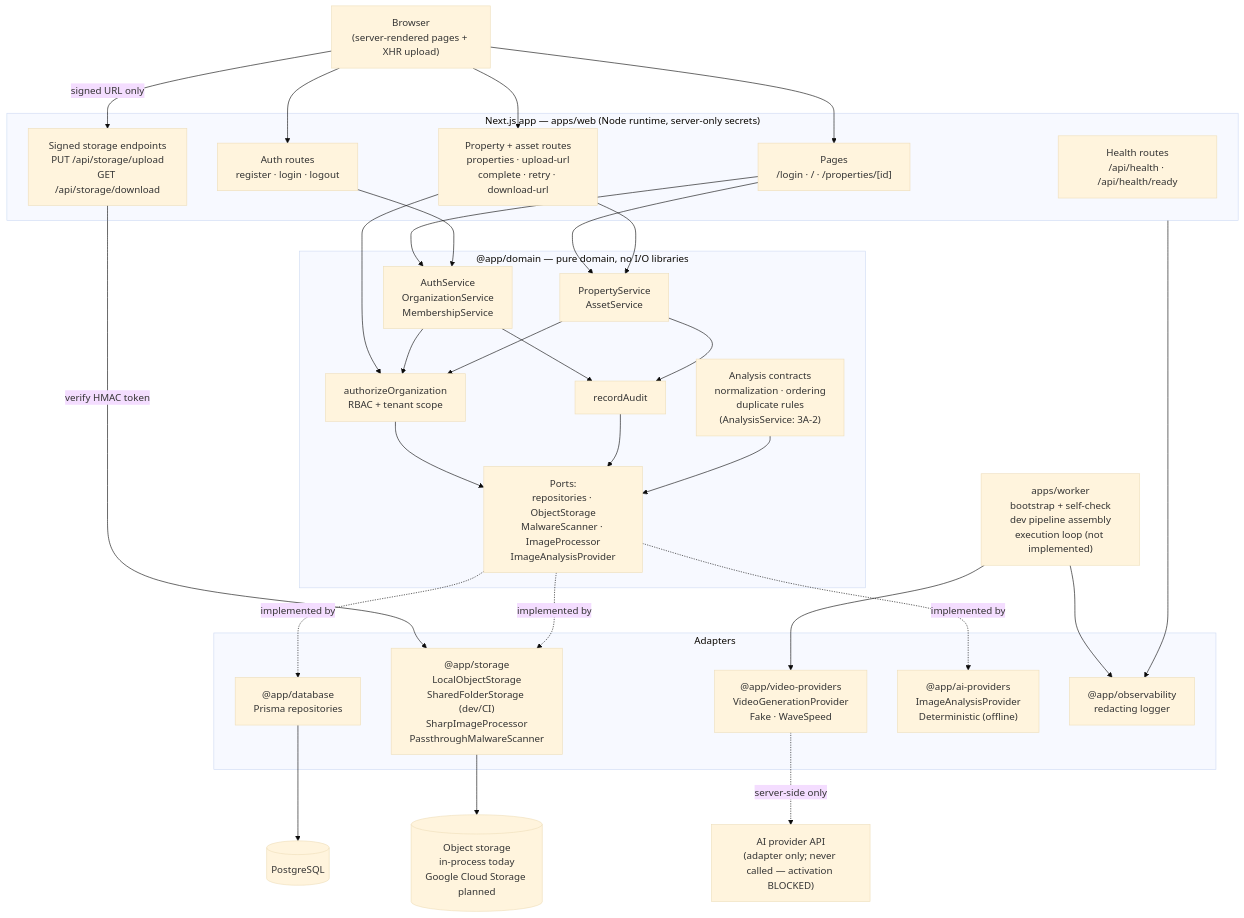
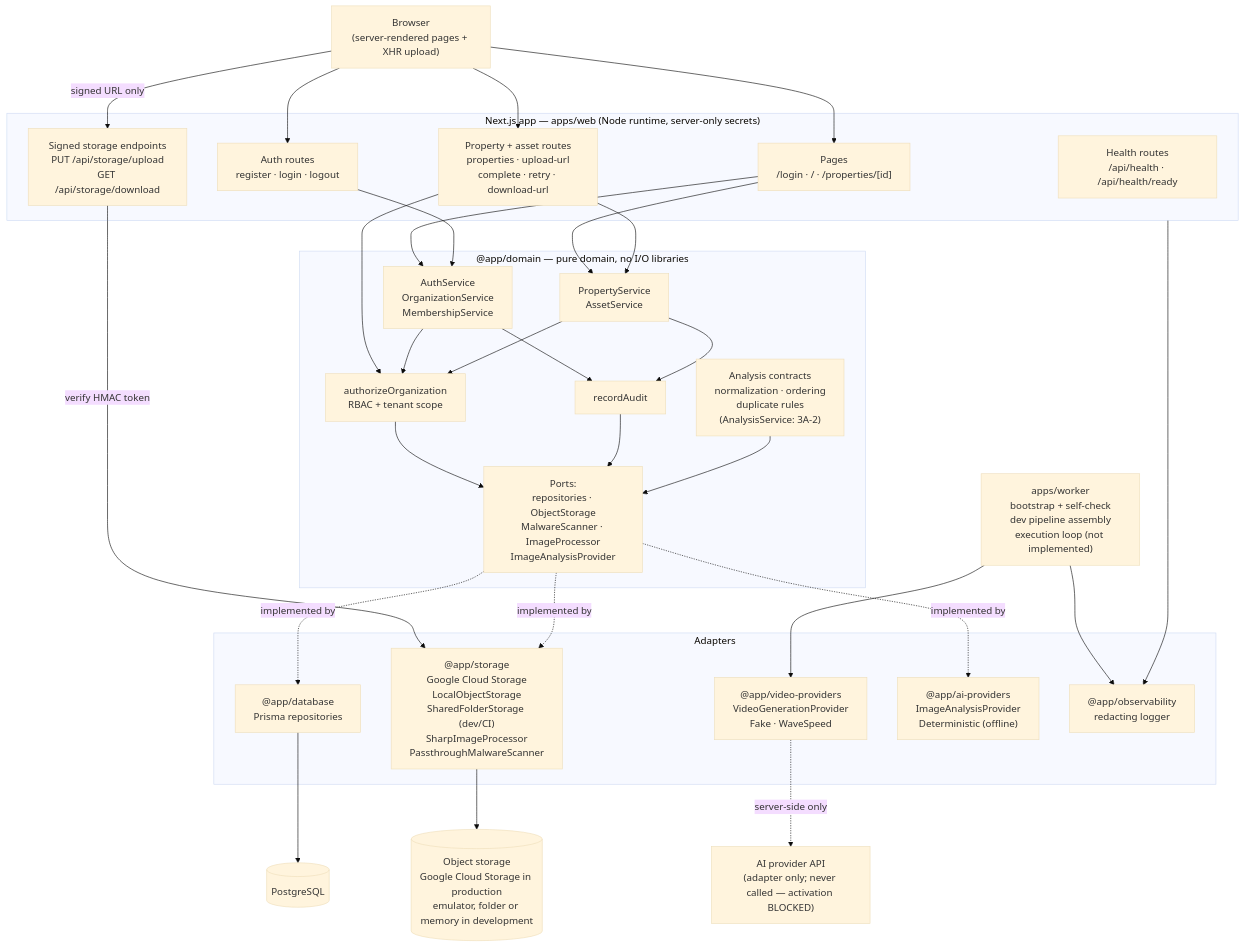
Before and after one commit to TakeTouhu/Real-Estate-Listing-Concept-Video: the diagram in docs/architecture.md, drawn with Mermaid (base theme). The commit also changed other lines of this file and 9 other files, not shown here.

First line of the commit message:
RD-3d: ADR-0159 and the documents of the web app's Cloud Storage

````diff
--- a/docs/architecture.md
+++ b/docs/architecture.md
@@ -12,66 +12,66 @@
 ```mermaid
 flowchart TB
   browser["Browser<br/>(server-rendered pages + XHR upload)"]
 
   subgraph web["Next.js app — apps/web (Node runtime, server-only secrets)"]
     pages["Pages<br/>/login · / · /properties/[id]"]
     authapi["Auth routes<br/>register · login · logout"]
     propapi["Property + asset routes<br/>properties · upload-url<br/>complete · retry · download-url"]
     storageapi["Signed storage endpoints<br/>PUT /api/storage/upload<br/>GET /api/storage/download"]
     health["Health routes<br/>/api/health · /api/health/ready"]
   end
 
   subgraph domain["@app/domain — pure domain, no I/O libraries"]
     identitysvc["AuthService<br/>OrganizationService<br/>MembershipService"]
     propsvc["PropertyService<br/>AssetService"]
     anasvc["Analysis contracts<br/>normalization · ordering<br/>duplicate rules<br/>(AnalysisService: 3A-2)"]
     authz["authorizeOrganization<br/>RBAC + tenant scope"]
     audit["recordAudit"]
     ports["Ports:<br/>repositories · ObjectStorage<br/>MalwareScanner · ImageProcessor<br/>ImageAnalysisProvider"]
   end
 
   subgraph adapters["Adapters"]
     db["@app/database<br/>Prisma repositories"]
-    store["@app/storage<br/>LocalObjectStorage<br/>SharedFolderStorage (dev/CI)<br/>SharpImageProcessor<br/>PassthroughMalwareScanner"]
+    store["@app/storage<br/>Google Cloud Storage<br/>LocalObjectStorage<br/>SharedFolderStorage (dev/CI)<br/>SharpImageProcessor<br/>PassthroughMalwareScanner"]
     vp["@app/video-providers<br/>VideoGenerationProvider<br/>Fake · WaveSpeed"]
     aip["@app/ai-providers<br/>ImageAnalysisProvider<br/>Deterministic (offline)"]
     obs["@app/observability<br/>redacting logger"]
   end
 
   pg[("PostgreSQL")]
-  objects[("Object storage<br/>in-process today<br/>Google Cloud Storage planned")]
+  objects[("Object storage<br/>Google Cloud Storage in production<br/>emulator, folder or memory in development")]
   wavespeed["AI provider API<br/>(adapter only; never called — activation BLOCKED)"]
 
   worker["apps/worker<br/>bootstrap + self-check<br/>dev pipeline assembly<br/>execution loop (not implemented)"]
 
   browser --> pages
   browser --> authapi
   browser --> propapi
   browser -- "signed URL only" --> storageapi
 
   pages --> identitysvc
   pages --> propsvc
   authapi --> identitysvc
   propapi --> propsvc
   propapi --> authz
   storageapi -- "verify HMAC token" --> store
 
   identitysvc --> authz
   propsvc --> authz
   identitysvc --> audit
   propsvc --> audit
   authz --> ports
   audit --> ports
 
   ports -.implemented by.-> db
   ports -.implemented by.-> store
   ports -.implemented by.-> aip
   anasvc --> ports
 
   db --> pg
   store --> objects
   worker --> vp
   vp -.server-side only.-> wavespeed
   web --> obs
   worker --> obs
 ```
````
